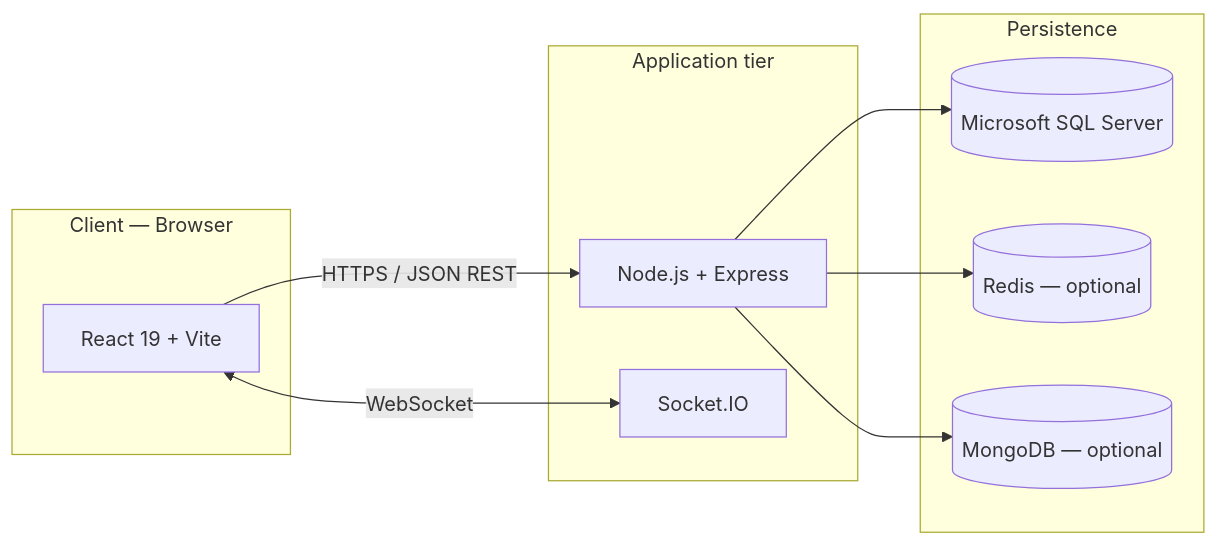
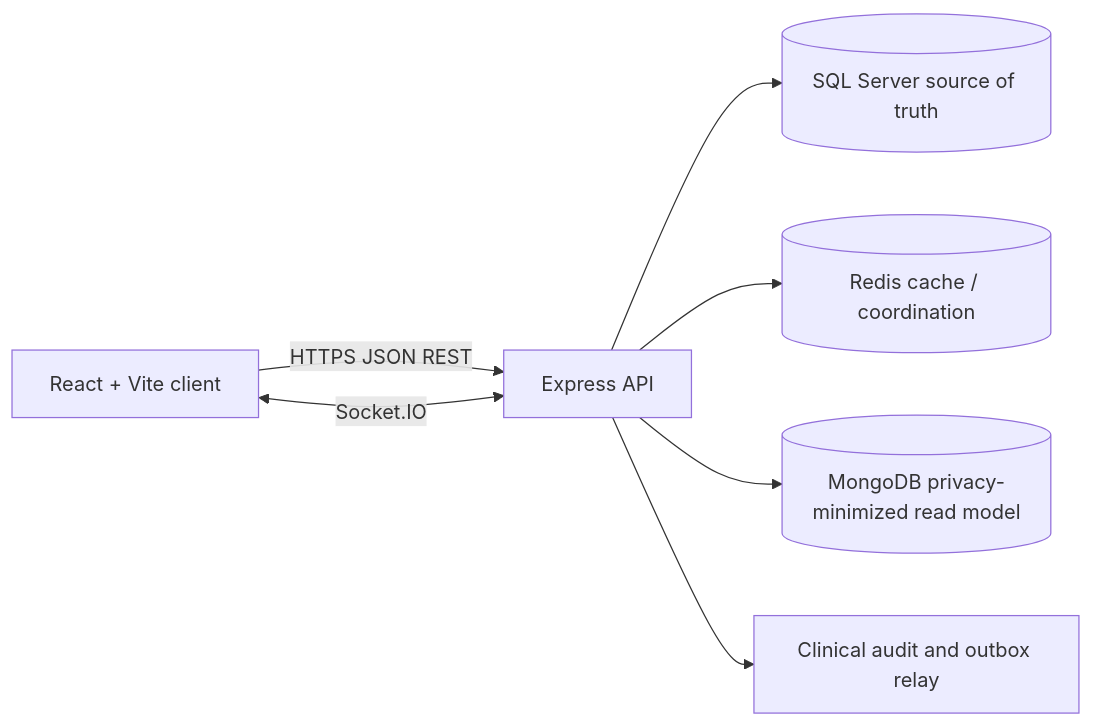
One commit to TheHien04/Clinic-Management changed the diagram in README.md. Above: the diagram before and after it, drawn with Mermaid. The commit also changed other lines of this file and 251 other files, not shown here.

````diff
--- a/README.md
+++ b/README.md
@@ -55,20 +63,9 @@
 ```mermaid
 flowchart LR
-  subgraph client [Client — Browser]
-    FE[React 19 + Vite]
-  end
-  subgraph api [Application tier]
-    BE[Node.js + Express]
-    RT[Socket.IO]
-  end
-  subgraph persistence [Persistence]
-    SQL[(Microsoft SQL Server)]
-    RD[(Redis — optional)]
-    MG[(MongoDB — optional)]
-  end
-  FE -->|HTTPS / JSON REST| BE
-  FE <-->|WebSocket| RT
-  BE --> SQL
-  BE --> RD
-  BE --> MG
+  Browser[React + Vite client] -->|HTTPS JSON REST| API[Express API]
+  Browser <-->|Socket.IO| API
+  API --> SQL[(SQL Server source of truth)]
+  API --> Redis[(Redis cache / coordination)]
+  API --> Mongo[(MongoDB privacy-minimized read model)]
+  API --> Audit[Clinical audit and outbox relay]
 ```
````
